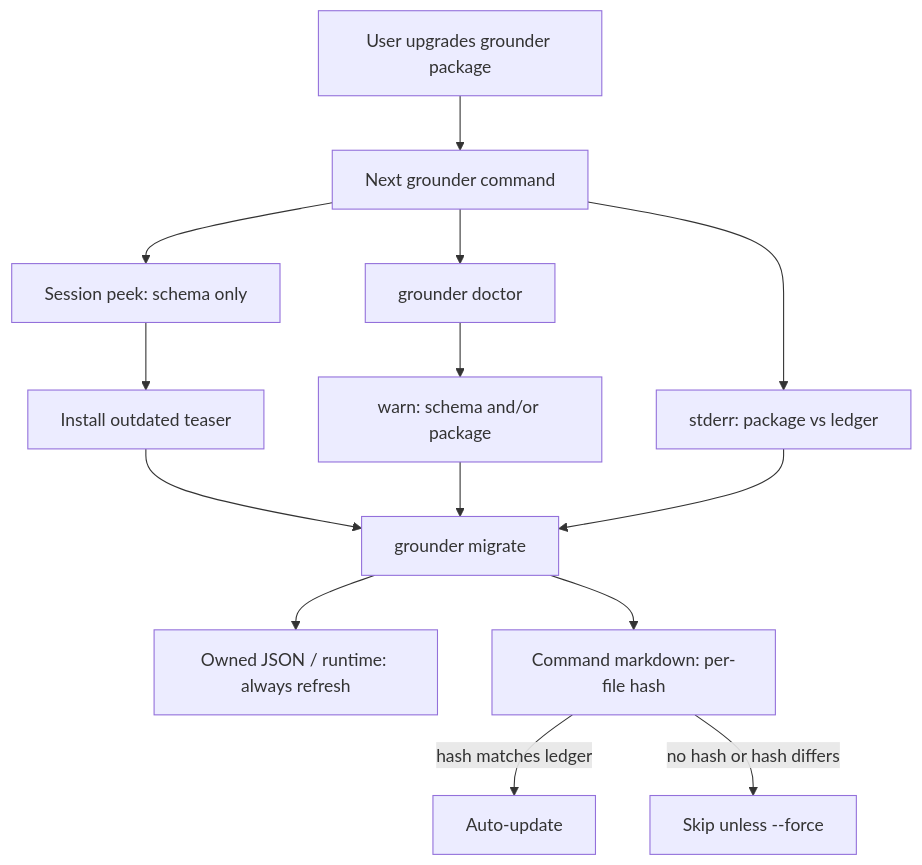
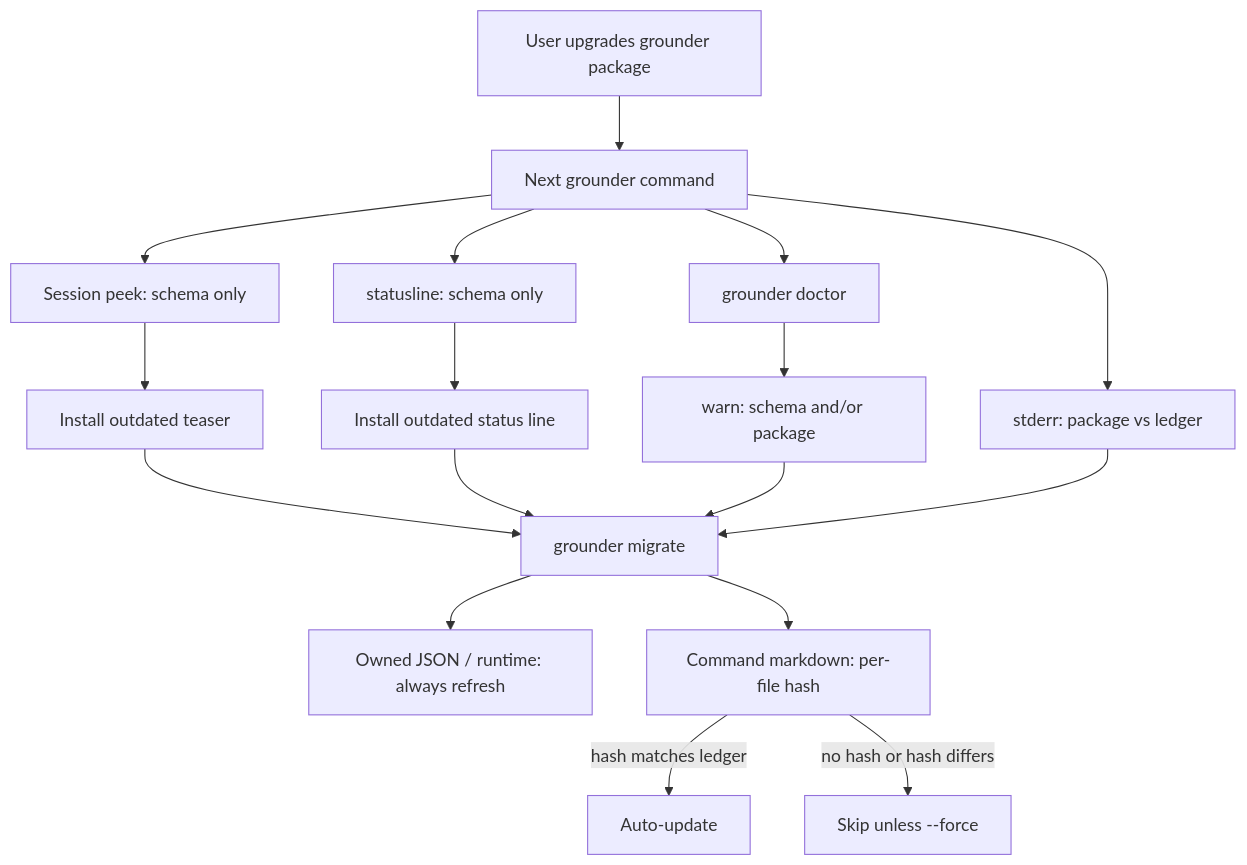
One commit to andrej-kolic/grounder changed the diagram in docs/architecture/schema-versioning.md. Above: the diagram before and after it, drawn with Mermaid. The commit also changed other lines of this file and 8 other files, not shown here.

Commit message:
feat: revert statusline check to schema only

````diff
--- a/docs/architecture/schema-versioning.md
+++ b/docs/architecture/schema-versioning.md
@@ -138,16 +155,19 @@
 ```mermaid
 flowchart TD
   Upgrade["User upgrades grounder package"] --> NextRun["Next grounder command"]
   NextRun --> Banner["stderr: package vs ledger"]
   NextRun --> Hook["Session peek: schema only"]
+  NextRun --> Status["statusline: schema only"]
   NextRun --> Doctor["grounder doctor"]
   Hook --> Teaser["Install outdated teaser"]
+  Status --> Bar["Install outdated status line"]
   Doctor --> Warn["warn: schema and/or package"]
   Teaser --> Migrate["grounder migrate"]
+  Bar --> Migrate
   Warn --> Migrate
   Banner --> Migrate
   Migrate --> Owned["Owned JSON / runtime: always refresh"]
   Migrate --> Cmds["Command markdown: per-file hash"]
   Cmds -->|"hash matches ledger"| Auto["Auto-update"]
   Cmds -->|"no hash or hash differs"| Skip["Skip unless --force"]
 ```
````
